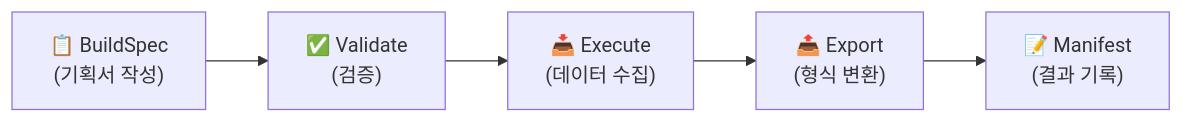
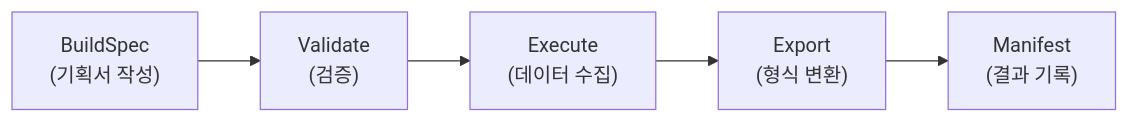
One commit to yeongseon/kpubdata-builder changed the first of 2 diagrams in README.md. Above: the diagram before and after it, drawn with Mermaid. The commit also changed other lines of this file and 9 other files, not shown here.

````diff
--- a/README.md
+++ b/README.md
@@ -46,7 +46,7 @@
 ```mermaid
 graph LR
-    BS["📋 BuildSpec<br/>(기획서 작성)"] --> V["✅ Validate<br/>(검증)"]
-    V --> E["📥 Execute<br/>(데이터 수집)"]
-    E --> EX["📤 Export<br/>(형식 변환)"]
-    EX --> M["📝 Manifest<br/>(결과 기록)"]
+BS["BuildSpec<br/>(기획서 작성)"] --> V["Validate<br/>(검증)"]
+V --> E["Execute<br/>(데이터 수집)"]
+E --> EX["Export<br/>(형식 변환)"]
+EX --> M["Manifest<br/>(결과 기록)"]
 ```
````
